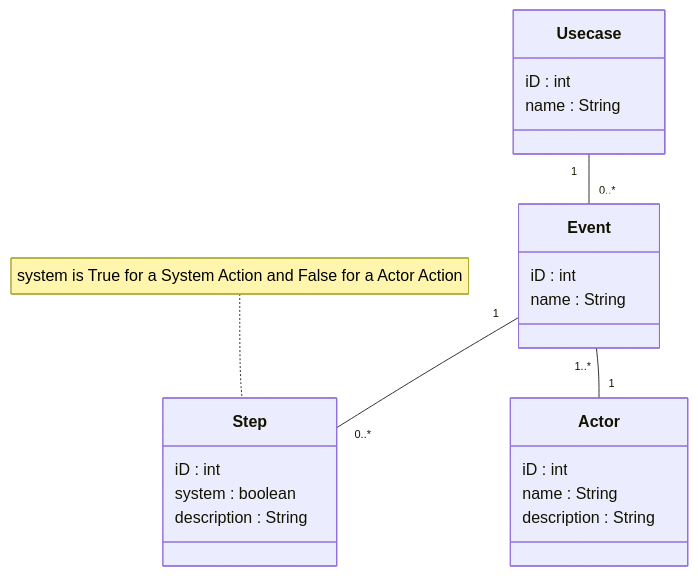
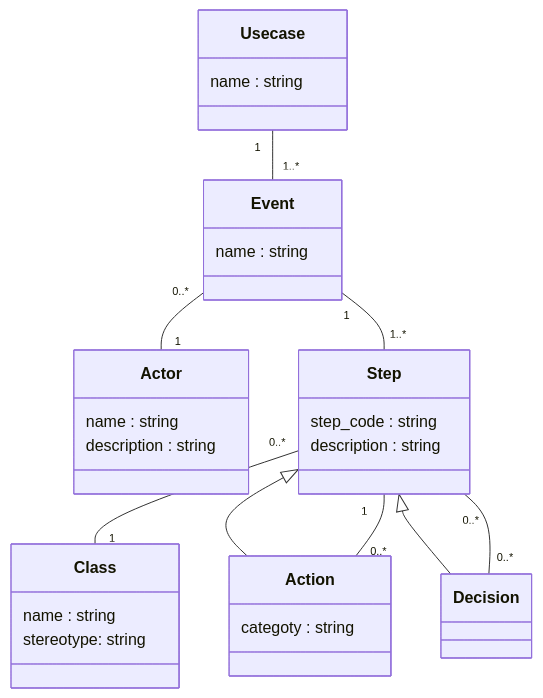
Before and after one commit to Nicolas-Botelho/REX: the second of 2 diagrams in docs/models.md, drawn with Mermaid. The commit also changed other lines of this file and 23 other files, not shown here.

````diff
--- a/docs/models.md
+++ b/docs/models.md
@@ -54,31 +40,45 @@
 ```mermaid
 classDiagram
 
 class Usecase {
-  iD : int
-  name : String
+  name : string
 }
 
 class Event {
-  iD : int
-  name : String
+  name : string
+}
+
+class Actor {
+  name : string
+  description : string
 }
 
 class Step {
-  iD : int
-  system : boolean
-  description : String
+  step_code : string
+  description : string
 }
 
-class Actor {
-  iD : int
-  name : String
-  description : String
+class Action {
+  categoty : string
 }
 
-Usecase "1" -- "0..*" Event
-Event "1" -- "0..*" Step
-Event "1..*" -- "1" Actor
+class Decision
 
-note for Step "system is True for a System Action and False for a Actor Action"
+class Class {
+  name : string
+  stereotype: string
+}
+
+Usecase "1" -- "1..*" Event
+
+Event "1" -- "1..*" Step
+Event "0..*" -- "1" Actor
+
+Step "0..*" -- "1" Class
+
+Action "0..*" -- "1" Step
+Decision "0..*" -- "0..*" Step
+
+Step <|-- Action
+Step <|-- Decision
 ```
````
